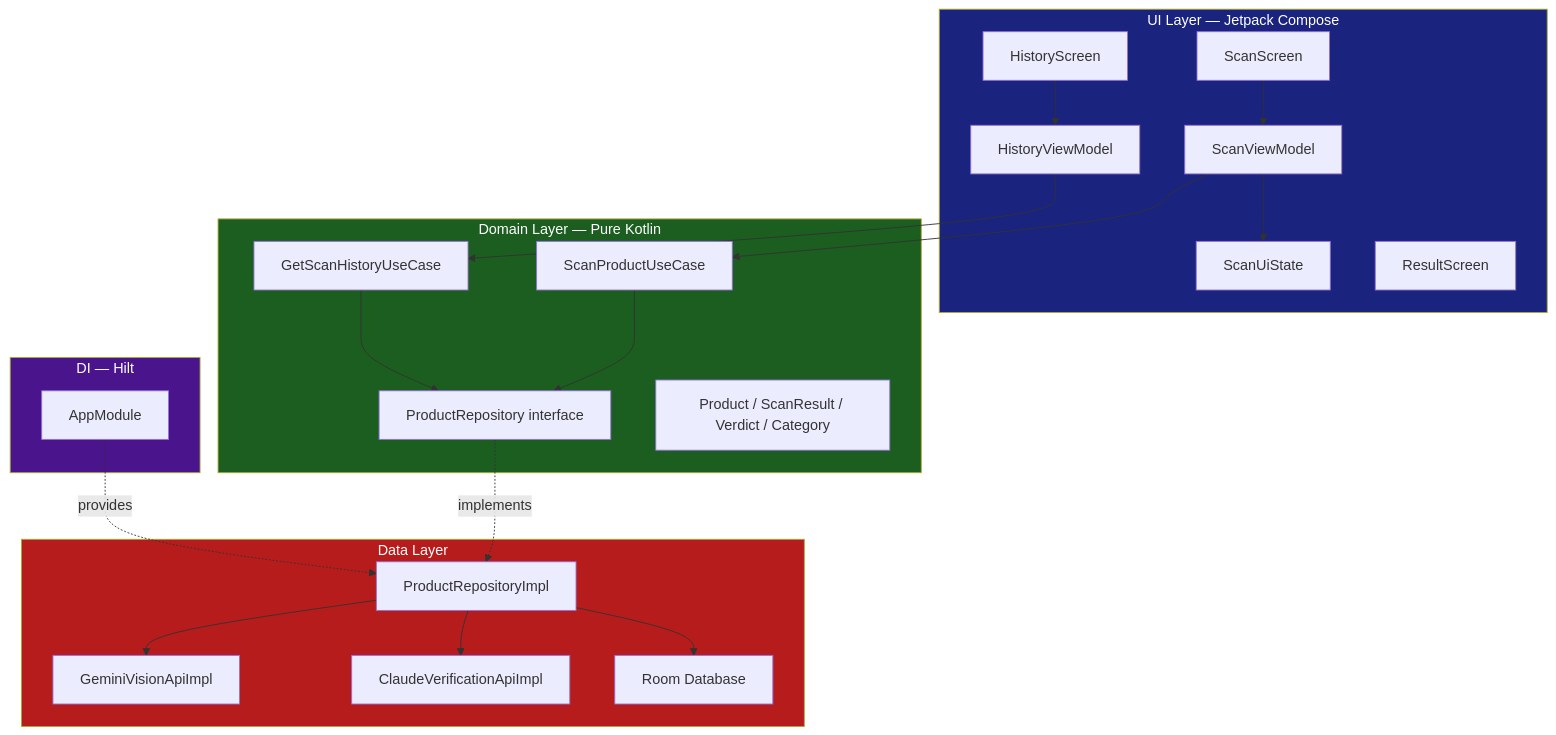
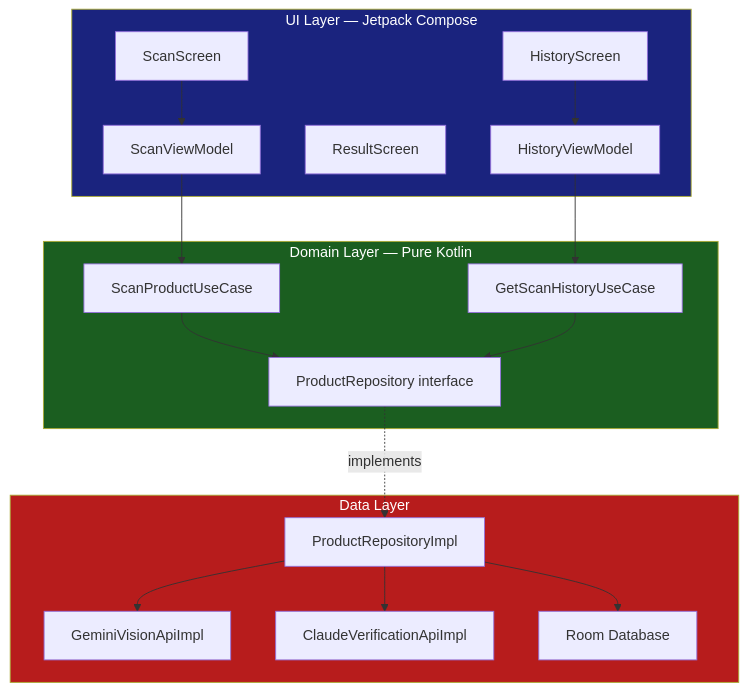
One commit to lakshmanreddymv-bot/FakeProductDetector changed the second of 6 diagrams in README.md. Above: the diagram before and after it, drawn with Mermaid. The commit also changed other lines of this file, not shown here.

````diff
--- a/README.md
+++ b/README.md
@@ -34,42 +69,34 @@
 ```mermaid
 graph TB
     subgraph UI["UI Layer — Jetpack Compose"]
         SC[ScanScreen] --> SVM[ScanViewModel]
-        SVM --> SS[ScanUiState]
         RS[ResultScreen]
         HS[HistoryScreen] --> HVM[HistoryViewModel]
     end
 
     subgraph DOMAIN["Domain Layer — Pure Kotlin"]
         SUC[ScanProductUseCase]
         GHC[GetScanHistoryUseCase]
         PR[ProductRepository interface]
-        MOD[Product / ScanResult / Verdict / Category]
     end
 
     subgraph DATA["Data Layer"]
         PRI[ProductRepositoryImpl]
         GVI[GeminiVisionApiImpl]
         CAI[ClaudeVerificationApiImpl]
         DB[Room Database]
-    end
-
-    subgraph DI["DI — Hilt"]
-        AM[AppModule]
     end
 
     SVM --> SUC
     HVM --> GHC
     SUC --> PR
     GHC --> PR
     PR -.->|implements| PRI
     PRI --> GVI
     PRI --> CAI
     PRI --> DB
-    AM -.->|provides| PRI
 
-    style UI fill:#1a237e,color:#fff
+    style UI     fill:#1a237e,color:#fff
     style DOMAIN fill:#1b5e20,color:#fff
-    style DATA fill:#b71c1c,color:#fff
-    style DI fill:#4a148c,color:#fff
+    style DATA   fill:#b71c1c,color:#fff
 ```
````
